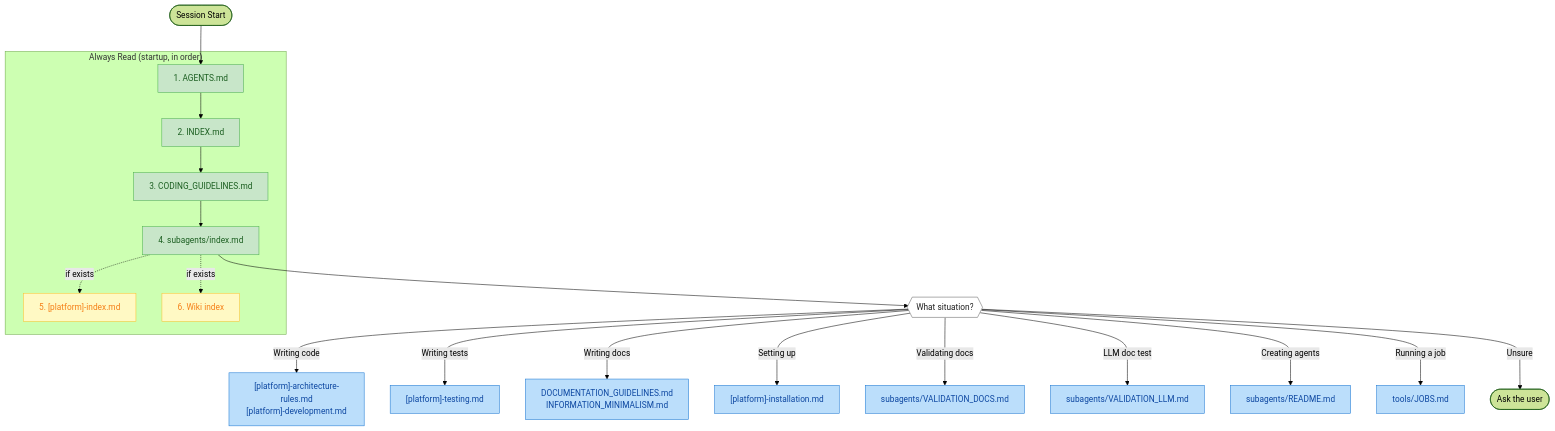
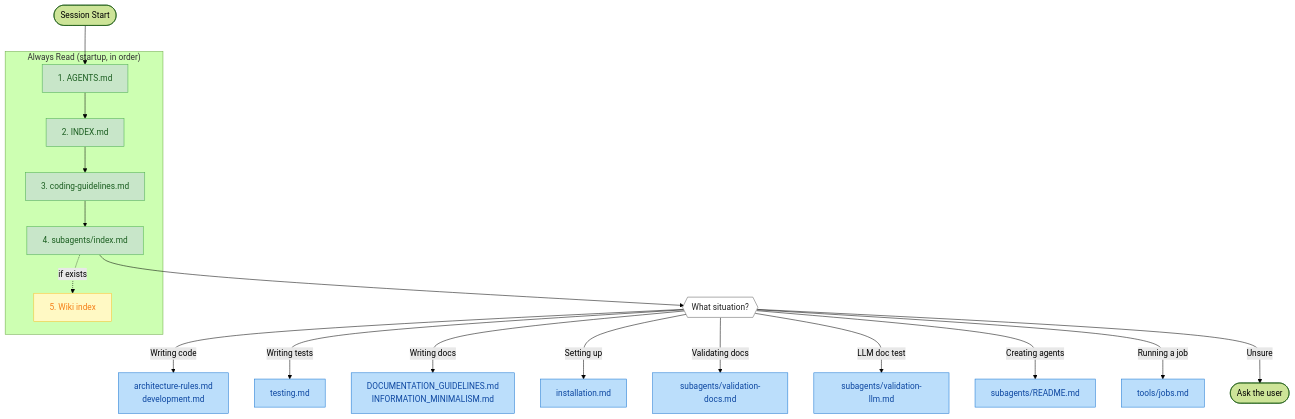
One commit to noskule/aiDocs changed the diagram in docs/README.md. Above: the diagram before and after it, drawn with Mermaid (forest theme). The commit also changed 18 other files, not shown here.

````diff
--- a/docs/README.md
+++ b/docs/README.md
@@ -23,34 +23,33 @@
 ```mermaid
 flowchart TD
     START([Session Start]) --> M1
 
     subgraph startup ["Always Read (startup, in order)"]
         M1["1. AGENTS.md"] --> M2["2. INDEX.md"]
-        M2 --> M3["3. CODING_GUIDELINES.md"]
+        M2 --> M3["3. coding-guidelines.md"]
         M3 --> M4["4. subagents/index.md"]
-        M4 -.->|if exists| M5["5. [platform]-index.md"]
-        M4 -.->|if exists| M6["6. Wiki index"]
+        M4 -.->|if exists| M5["5. Wiki index"]
     end
 
     M4 --> SIT{{"What situation?"}}
 
-    SIT -->|"Writing code"| CODE["[platform]-architecture-rules.md<br>[platform]-development.md"]
-    SIT -->|"Writing tests"| TEST["[platform]-testing.md"]
+    SIT -->|"Writing code"| CODE["architecture-rules.md<br>development.md"]
+    SIT -->|"Writing tests"| TEST["testing.md"]
     SIT -->|"Writing docs"| DOCS["DOCUMENTATION_GUIDELINES.md<br>INFORMATION_MINIMALISM.md"]
-    SIT -->|"Setting up"| SETUP["[platform]-installation.md"]
-    SIT -->|"Validating docs"| VDOC["subagents/VALIDATION_DOCS.md"]
-    SIT -->|"LLM doc test"| VLLM["subagents/VALIDATION_LLM.md"]
+    SIT -->|"Setting up"| SETUP["installation.md"]
+    SIT -->|"Validating docs"| VDOC["subagents/validation-docs.md"]
+    SIT -->|"LLM doc test"| VLLM["subagents/validation-llm.md"]
     SIT -->|"Creating agents"| AREADME["subagents/README.md"]
-    SIT -->|"Running a job"| JOBS["tools/JOBS.md"]
+    SIT -->|"Running a job"| JOBS["tools/jobs.md"]
     SIT -->|"Unsure"| USER(["Ask the user"])
 
     classDef always fill:#c8e6c9,stroke:#4caf50,color:#1b5e20
     classDef optional fill:#fff9c4,stroke:#fbc02d,color:#f57f17
     classDef conditional fill:#bbdefb,stroke:#1976d2,color:#0d47a1
     classDef decision fill:#fff,stroke:#616161,color:#212121
 
     class M1,M2,M3,M4 always
-    class M5,M6 optional
+    class M5 optional
     class CODE,TEST,DOCS,SETUP,VDOC,VLLM,AREADME,JOBS conditional
     class SIT decision
 ```
````
